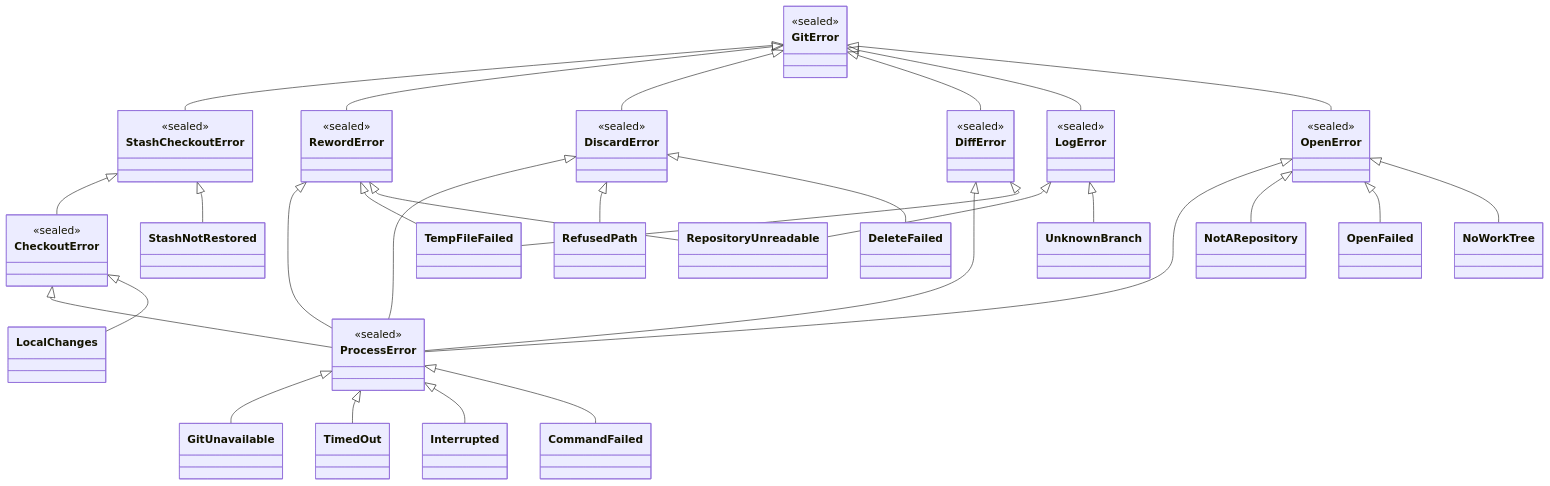
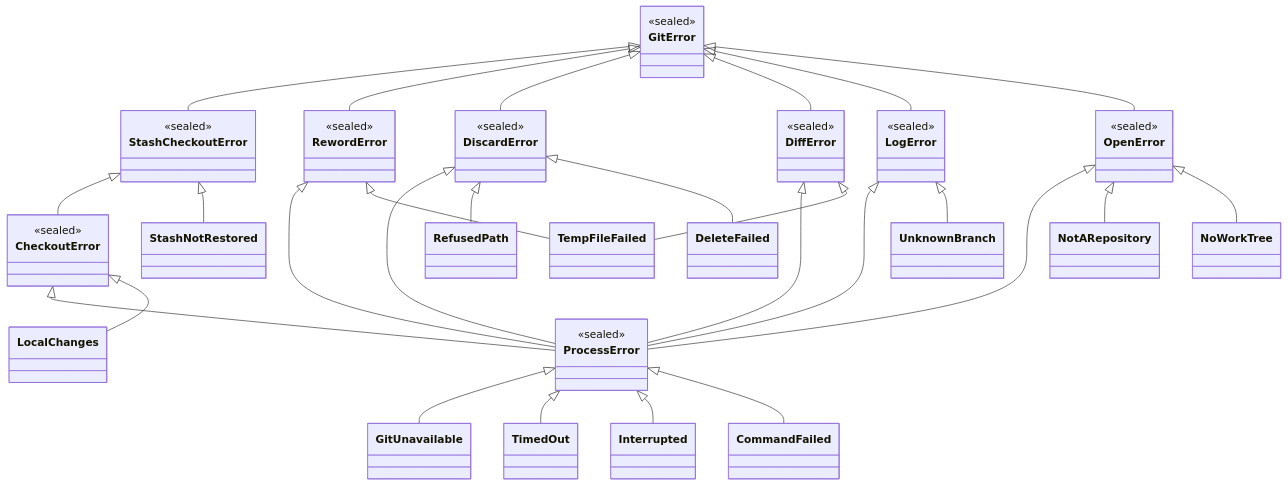
One commit to cvanfleteren/jazygit changed the fifth of 7 diagrams in ARCHITECTURE.md. Above: the diagram before and after it, drawn with Mermaid. The commit also changed other lines of this file and 31 other files, not shown here.

````diff
--- a/ARCHITECTURE.md
+++ b/ARCHITECTURE.md
@@ -243,61 +249,59 @@
 ```mermaid
 classDiagram
     direction BT
     class GitError {
         <<sealed>>
     }
     class ProcessError {
         <<sealed>>
     }
     class CheckoutError {
         <<sealed>>
     }
     class StashCheckoutError {
         <<sealed>>
     }
     class RewordError {
         <<sealed>>
     }
     class DiscardError {
         <<sealed>>
     }
     class DiffError {
         <<sealed>>
     }
     class LogError {
         <<sealed>>
     }
     class OpenError {
         <<sealed>>
     }
 
     StashCheckoutError --|> GitError
     CheckoutError --|> StashCheckoutError
     RewordError --|> GitError
     DiscardError --|> GitError
     DiffError --|> GitError
     LogError --|> GitError
     OpenError --|> GitError
     ProcessError --|> CheckoutError
     ProcessError --|> RewordError
     ProcessError --|> DiscardError
     ProcessError --|> DiffError
+    ProcessError --|> LogError
     ProcessError --|> OpenError
 
     GitUnavailable --|> ProcessError
     TimedOut --|> ProcessError
     Interrupted --|> ProcessError
     CommandFailed --|> ProcessError
     LocalChanges --|> CheckoutError
     StashNotRestored --|> StashCheckoutError
     TempFileFailed --|> RewordError
     TempFileFailed --|> DiffError
-    RepositoryUnreadable --|> RewordError
-    RepositoryUnreadable --|> LogError
     UnknownBranch --|> LogError
     RefusedPath --|> DiscardError
     DeleteFailed --|> DiscardError
     NotARepository --|> OpenError
-    OpenFailed --|> OpenError
     NoWorkTree --|> OpenError
 ```
````
